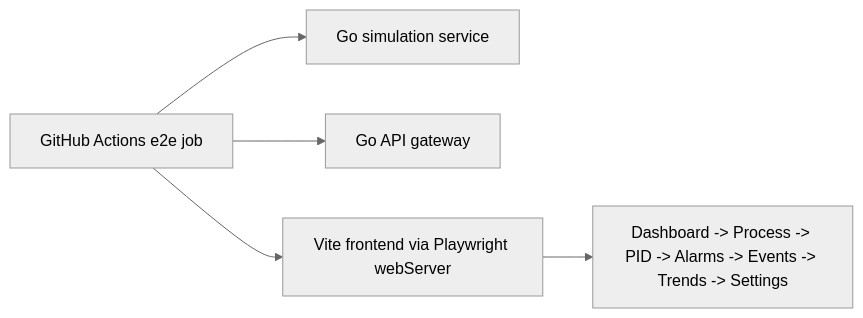
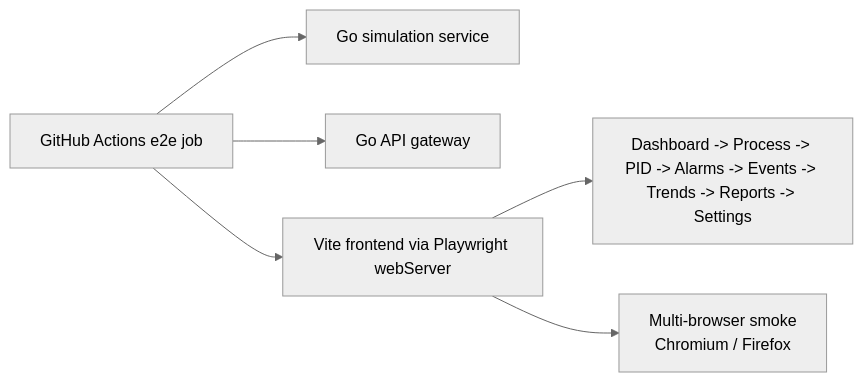
One commit to dimbo1324/smr-digital-twin-platform-r changed the fifth of 13 diagrams in docs/architecture.md. Above: the diagram before and after it, drawn with Mermaid (neutral theme). The commit also changed other lines of this file and 48 other files, not shown here.

Commit message:
feat: add scenario yaml pdf reports and browser matrix

````diff
--- a/docs/architecture.md
+++ b/docs/architecture.md
@@ -62,7 +74,8 @@
 ```mermaid
 flowchart LR
     CI["GitHub Actions e2e job"] --> SIM["Go simulation service"]
     CI --> API["Go API gateway"]
     CI --> WEB["Vite frontend via Playwright webServer"]
-    WEB --> FLOW["Dashboard -> Process -> PID -> Alarms -> Events -> Trends -> Settings"]
+    WEB --> FLOW["Dashboard -> Process -> PID -> Alarms -> Events -> Trends -> Reports -> Settings"]
+    WEB --> MB["Multi-browser smoke<br/>Chromium / Firefox"]
 ```
````
